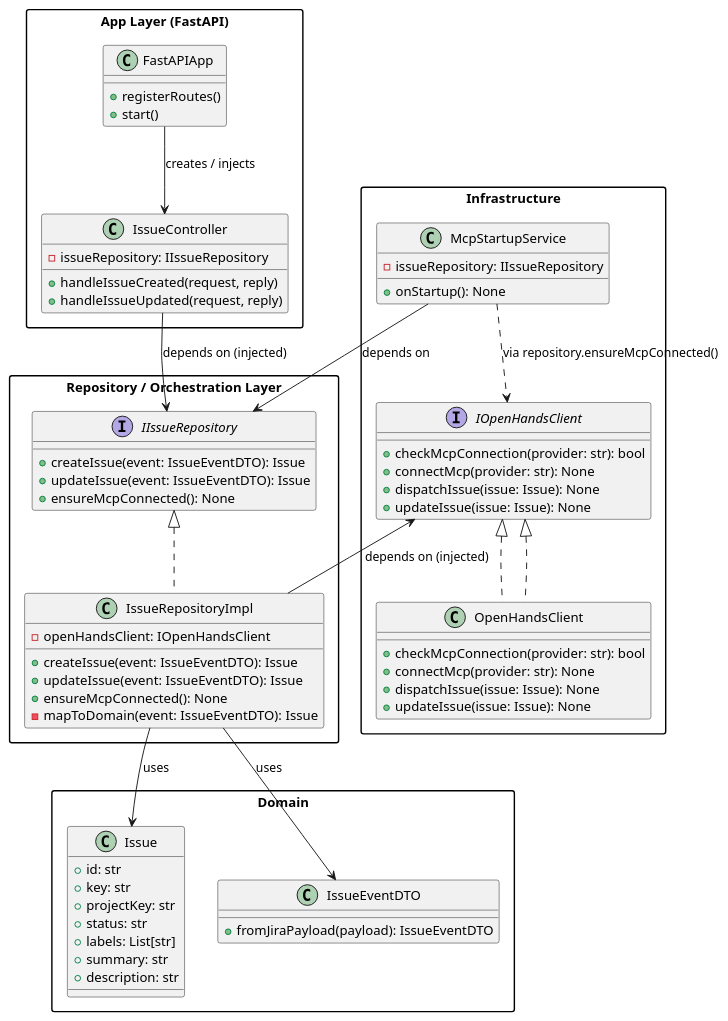
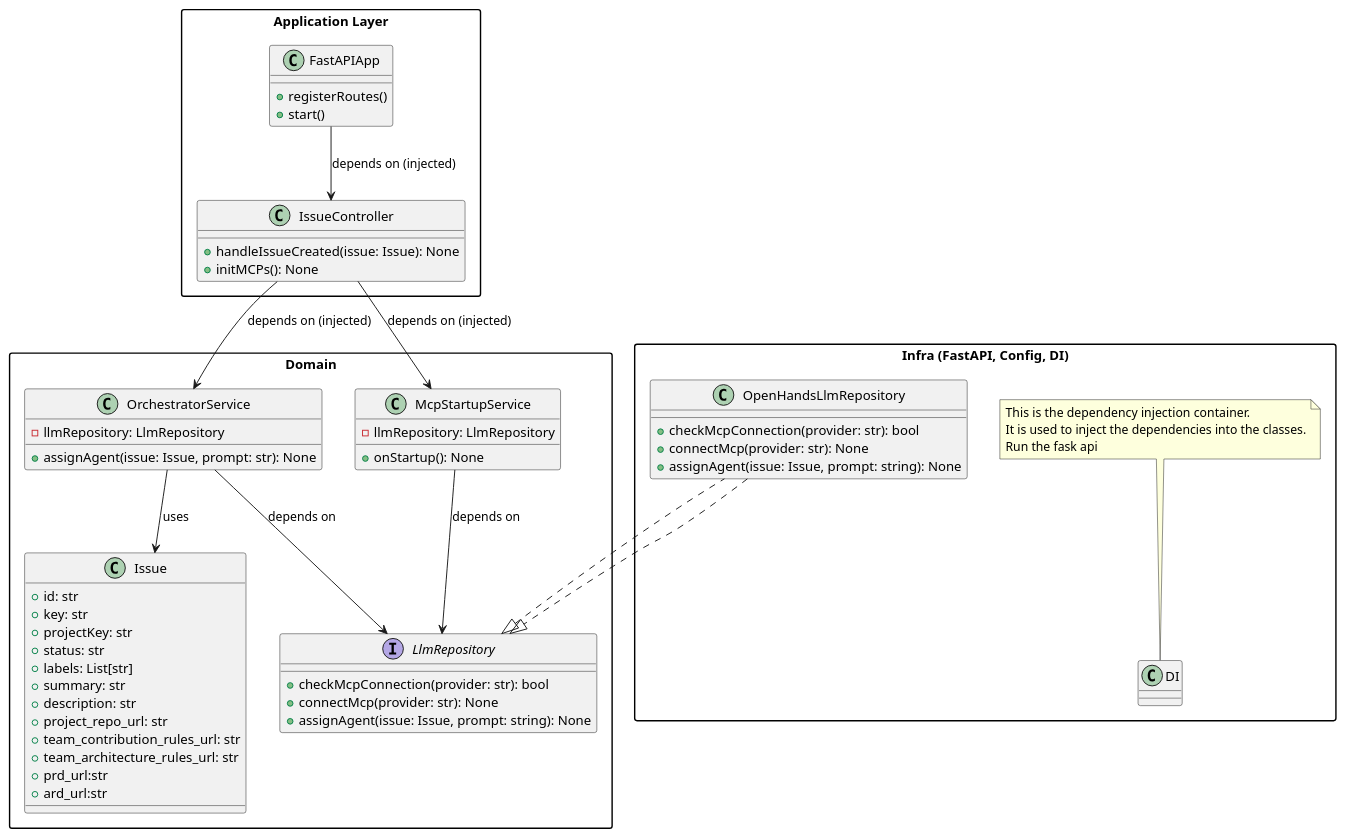
Before and after one commit to behnamrhp/ai-agents-orchestrator: the second of 2 diagrams in docs/architecture/project_architecture.md, drawn with PlantUML. The commit also changed other lines of this file and 26 other files, not shown here.

````diff
--- a/docs/architecture/project_architecture.md
+++ b/docs/architecture/project_architecture.md
@@ -107,19 +107,6 @@
 ```plantuml
 @startuml
 skinparam packageStyle rectangle
-
-package "App Layer (FastAPI)" {
-  class FastAPIApp {
-    +registerRoutes()
-    +start()
-  }
-
-  class IssueController {
-    -issueRepository: IIssueRepository
-    +handleIssueCreated(request, reply)
-    +handleIssueUpdated(request, reply)
-  }
-}
 
 package "Domain" {
   class Issue {
@@ -130,62 +117,68 @@
     +labels: List[str]
     +summary: str
     +description: str
+    +project_repo_url: str
+    +team_contribution_rules_url: str
+    +team_architecture_rules_url: str
+    +prd_url:str
+    +ard_url:str
   }
 
-  class IssueEventDTO {
-    +fromJiraPayload(payload): IssueEventDTO
+  class OrchestratorService {
+    -llmRepository: LlmRepository
+    +assignAgent(issue: Issue, prompt: str): None
+  }
+
+  class McpStartupService {
+    -llmRepository: LlmRepository
+    +onStartup(): None
+  }
+
+  interface LlmRepository {
+    +checkMcpConnection(provider: str): bool
+    +connectMcp(provider: str): None
+    +assignAgent(issue: Issue, prompt: string): None
   }
 }
 
-package "Repository / Orchestration Layer" {
-  interface IIssueRepository {
-    +createIssue(event: IssueEventDTO): Issue
-    +updateIssue(event: IssueEventDTO): Issue
-    +ensureMcpConnected(): None
+package "Application Layer" {
+  class FastAPIApp {
+    +registerRoutes()
+    +start()
   }
 
-  class IssueRepositoryImpl {
-    -openHandsClient: IOpenHandsClient
-    +createIssue(event: IssueEventDTO): Issue
-    +updateIssue(event: IssueEventDTO): Issue
-    +ensureMcpConnected(): None
-    -mapToDomain(event: IssueEventDTO): Issue
+  class IssueController {
+    +handleIssueCreated(issue: Issue): None
+    +initMCPs(): None
   }
 }
 
-package "Infrastructure" {
-  interface IOpenHandsClient {
+package "Infra (FastAPI, Config, DI)" {
+  class DI {}
+  note top
+  This is the dependency injection container.
+  It is used to inject the dependencies into the classes.
+  Run the fask api 
+  end note
+
+  class OpenHandsLlmRepository  {
     +checkMcpConnection(provider: str): bool
     +connectMcp(provider: str): None
-    +dispatchIssue(issue: Issue): None
-    +updateIssue(issue: Issue): None
-  }
-
-  class OpenHandsClient implements IOpenHandsClient {
-    +checkMcpConnection(provider: str): bool
-    +connectMcp(provider: str): None
-    +dispatchIssue(issue: Issue): None
-    +updateIssue(issue: Issue): None
-  }
-
-  class McpStartupService {
-    -issueRepository: IIssueRepository
-    +onStartup(): None
+    +assignAgent(issue: Issue, prompt: string): None
   }
 }
+OpenHandsLlmRepository ..|> LlmRepository
 
-FastAPIApp --> IssueController : creates / injects
-IssueController --> IIssueRepository : depends on (injected)
-IIssueRepository <|.. IssueRepositoryImpl
+IssueController --> McpStartupService : depends on (injected)
+IssueController --> OrchestratorService : depends on (injected)
+FastAPIApp --> IssueController  : depends on (injected)
 
-IssueRepositoryImpl --> IOpenHandsClient : depends on (injected)
-IOpenHandsClient <|.. OpenHandsClient
+OrchestratorService --> Issue : uses
+OrchestratorService --> LlmRepository : depends on
 
-IssueRepositoryImpl --> Issue : uses
-IssueRepositoryImpl --> IssueEventDTO : uses
+LlmRepository <|.. OpenHandsLlmRepository
 
-McpStartupService --> IIssueRepository : depends on
-McpStartupService ..> IOpenHandsClient : via repository.ensureMcpConnected()
+McpStartupService --> LlmRepository : depends on
 
 @enduml
 ```
````
